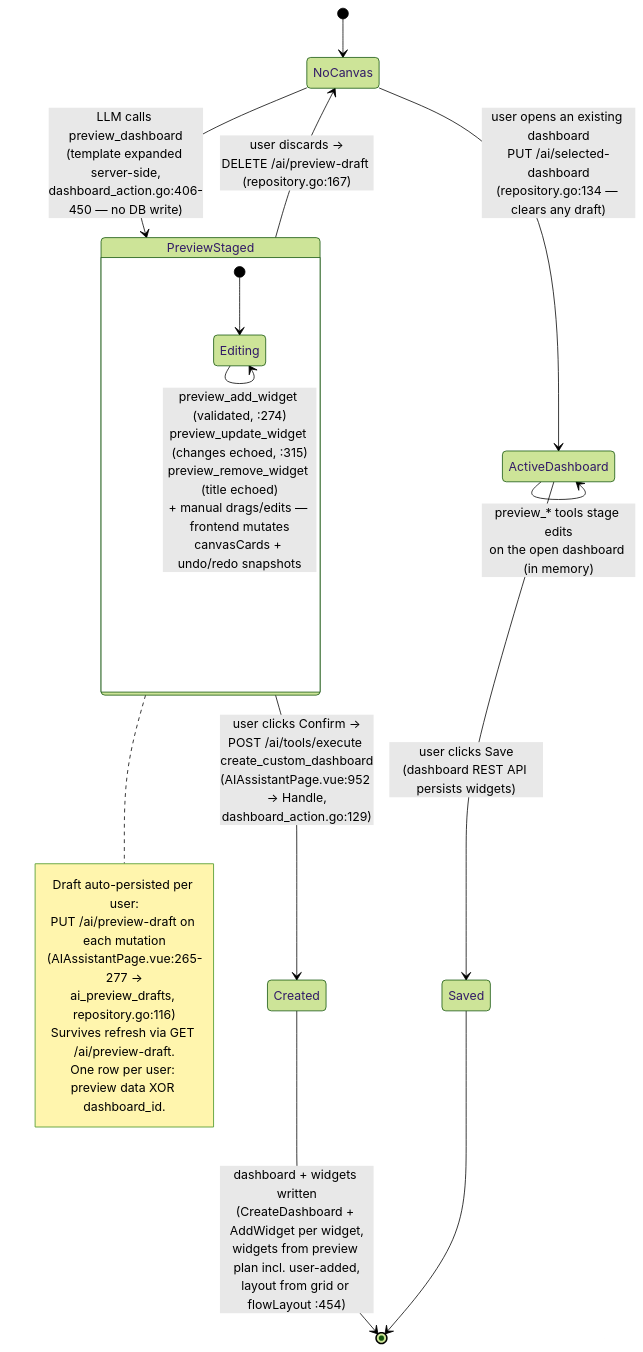
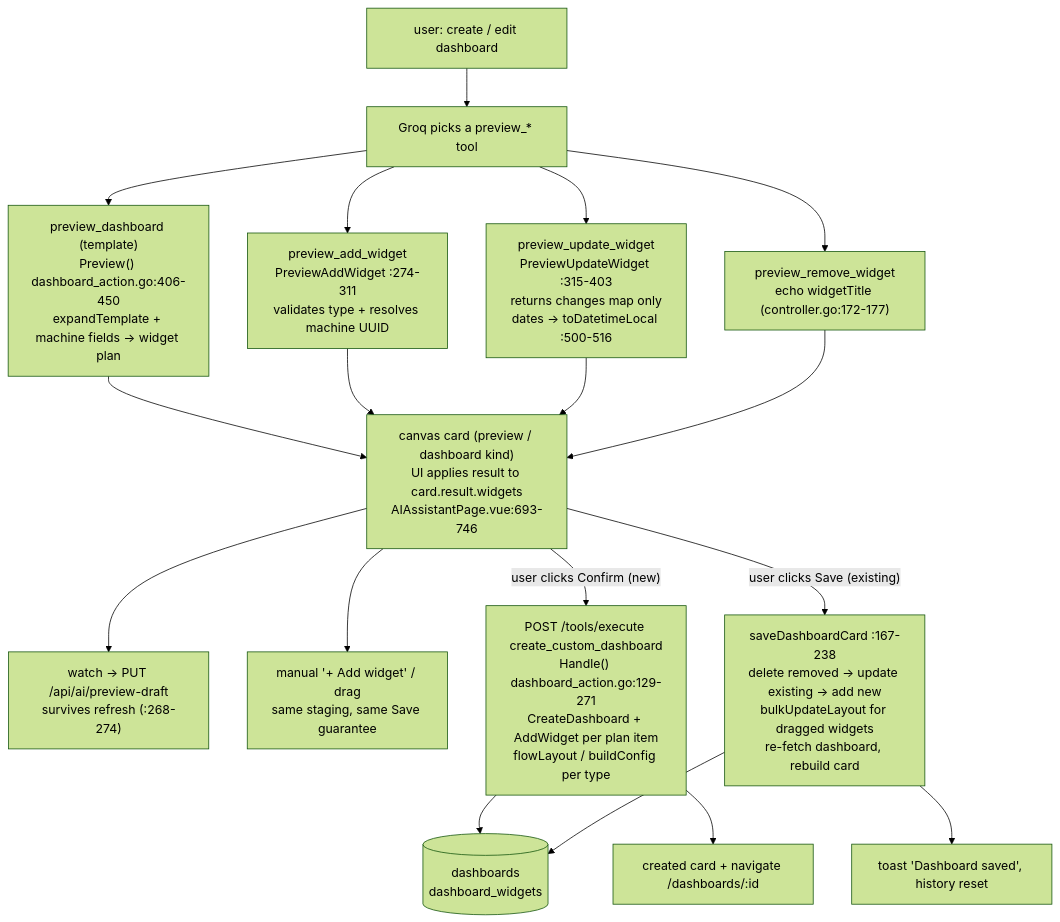
One commit to pepegummo/Project-Dashboard changed the third of 3 diagrams in docs/AI_MODULE_DETAILED.md. Above: the diagram before and after it, drawn with Mermaid (forest theme). The commit also changed other lines of this file and 6 other files, not shown here.

````diff
--- a/docs/AI_MODULE_DETAILED.md
+++ b/docs/AI_MODULE_DETAILED.md
@@ -201,30 +259,25 @@
 ```mermaid
-stateDiagram-v2
-    [*] --> NoCanvas
+flowchart TB
+    ASK["user: create / edit dashboard"] --> LLM["Groq picks a preview_* tool"]
 
-    NoCanvas --> PreviewStaged : LLM calls preview_dashboard<br/>(template expanded server-side,<br/>dashboard_action.go:406-450 — no DB write)
-    NoCanvas --> ActiveDashboard : user opens an existing dashboard<br/>PUT /ai/selected-dashboard<br/>(repository.go:134 — clears any draft)
+    LLM --> PD["preview_dashboard (template)<br/>Preview() dashboard_action.go:406-450<br/>expandTemplate + machine fields → widget plan"]
+    LLM --> PA["preview_add_widget<br/>PreviewAddWidget :274-311<br/>validates type + resolves machine UUID"]
+    LLM --> PU["preview_update_widget<br/>PreviewUpdateWidget :315-403<br/>returns changes map only<br/>dates → toDatetimeLocal :500-516"]
+    LLM --> PR["preview_remove_widget<br/>echo widgetTitle (controller.go:172-177)"]
 
-    state PreviewStaged {
-        [*] --> Editing
-        Editing --> Editing : preview_add_widget (validated, :274)<br/>preview_update_widget (changes echoed, :315)<br/>preview_remove_widget (title echoed)<br/>+ manual drags/edits — frontend mutates<br/>canvasCards + undo/redo snapshots
-    }
+    PD --> CARD["canvas card (preview / dashboard kind)<br/>UI applies result to card.result.widgets<br/>AIAssistantPage.vue:693-746"]
+    PA --> CARD
+    PU --> CARD
+    PR --> CARD
 
-    note right of PreviewStaged
-        Draft auto-persisted per user:
-        PUT /ai/preview-draft on each mutation
-        (AIAssistantPage.vue:265-277 →
-        ai_preview_drafts, repository.go:116)
-        Survives refresh via GET /ai/preview-draft.
-        One row per user: preview data XOR dashboard_id.
-    end note
+    CARD --> DRAFT["watch → PUT /api/ai/preview-draft<br/>survives refresh (:268-274)"]
+    CARD --> MANUAL["manual '+ Add widget' / drag<br/>same staging, same Save guarantee"]
 
-    PreviewStaged --> Created : user clicks Confirm →<br/>POST /ai/tools/execute create_custom_dashboard<br/>(AIAssistantPage.vue:952 → Handle,<br/>dashboard_action.go:129)
-    PreviewStaged --> NoCanvas : user discards →<br/>DELETE /ai/preview-draft (repository.go:167)
+    CARD -->|"user clicks Confirm (new)"| CREATE["POST /tools/execute create_custom_dashboard<br/>Handle() dashboard_action.go:129-271<br/>CreateDashboard + AddWidget per plan item<br/>flowLayout / buildConfig per type"]
+    CARD -->|"user clicks Save (existing)"| SAVE["saveDashboardCard :167-238<br/>delete removed → update existing → add new<br/>bulkUpdateLayout for dragged widgets<br/>re-fetch dashboard, rebuild card"]
 
-    ActiveDashboard --> ActiveDashboard : preview_* tools stage edits<br/>on the open dashboard (in memory)
-    ActiveDashboard --> Saved : user clicks Save<br/>(dashboard REST API persists widgets)
-
-    Created --> [*] : dashboard + widgets written<br/>(CreateDashboard + AddWidget per widget,<br/>widgets from preview plan incl. user-added,<br/>layout from grid or flowLayout :454)
-    Saved --> [*]
+    CREATE --> DBW[("dashboards<br/>dashboard_widgets")]
+    SAVE --> DBW
+    CREATE --> DONE["created card + navigate /dashboards/:id"]
+    SAVE --> DONE2["toast 'Dashboard saved', history reset"]
 ```
````
